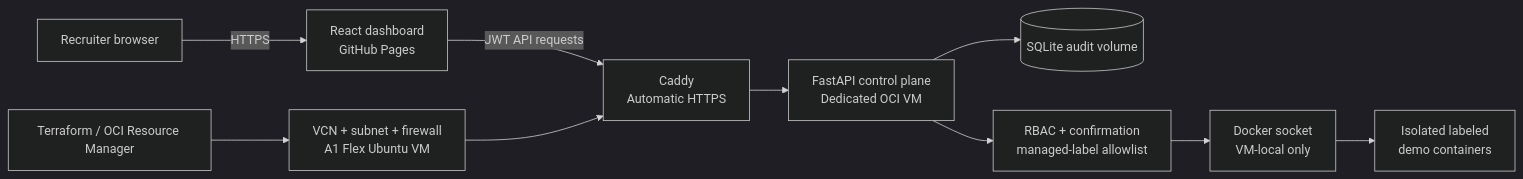
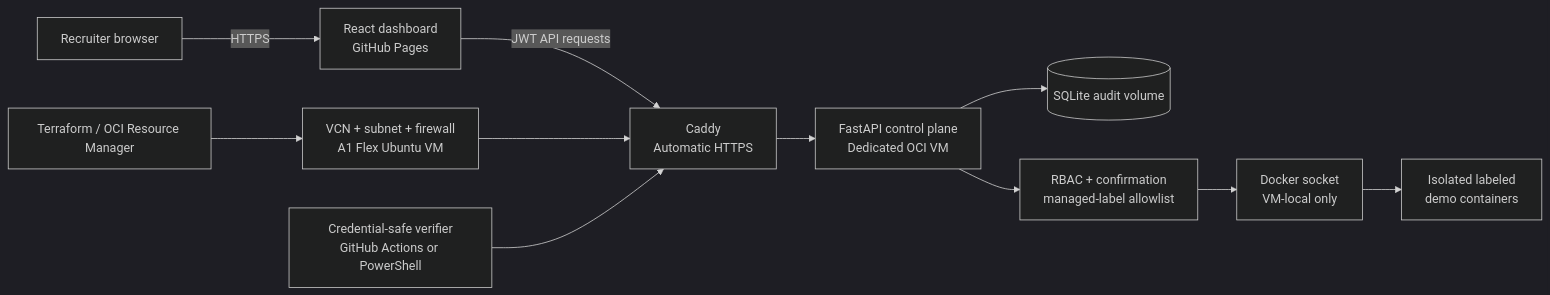
Before and after one commit to cbw29512/wilson-lab: the diagram in README.md, drawn with Mermaid (dark theme). The commit also changed other lines of this file and 6 other files, not shown here.

````diff
--- a/README.md
+++ b/README.md
@@ -41,12 +43,13 @@
 ```mermaid
 flowchart LR
     Recruiter[Recruiter browser] -->|HTTPS| UI[React dashboard\nGitHub Pages]
     UI -->|JWT API requests| Proxy[Caddy\nAutomatic HTTPS]
     Proxy --> API[FastAPI control plane\nDedicated OCI VM]
     API --> DB[(SQLite audit volume)]
     API --> Guard[RBAC + confirmation\nmanaged-label allowlist]
     Guard --> Runtime[Docker socket\nVM-local only]
     Runtime --> Containers[Isolated labeled\ndemo containers]
     IaC[Terraform / OCI Resource Manager] --> Cloud[VCN + subnet + firewall\nA1 Flex Ubuntu VM]
     Cloud --> Proxy
+    Verify[Credential-safe verifier\nGitHub Actions or PowerShell] --> Proxy
 ```
````
